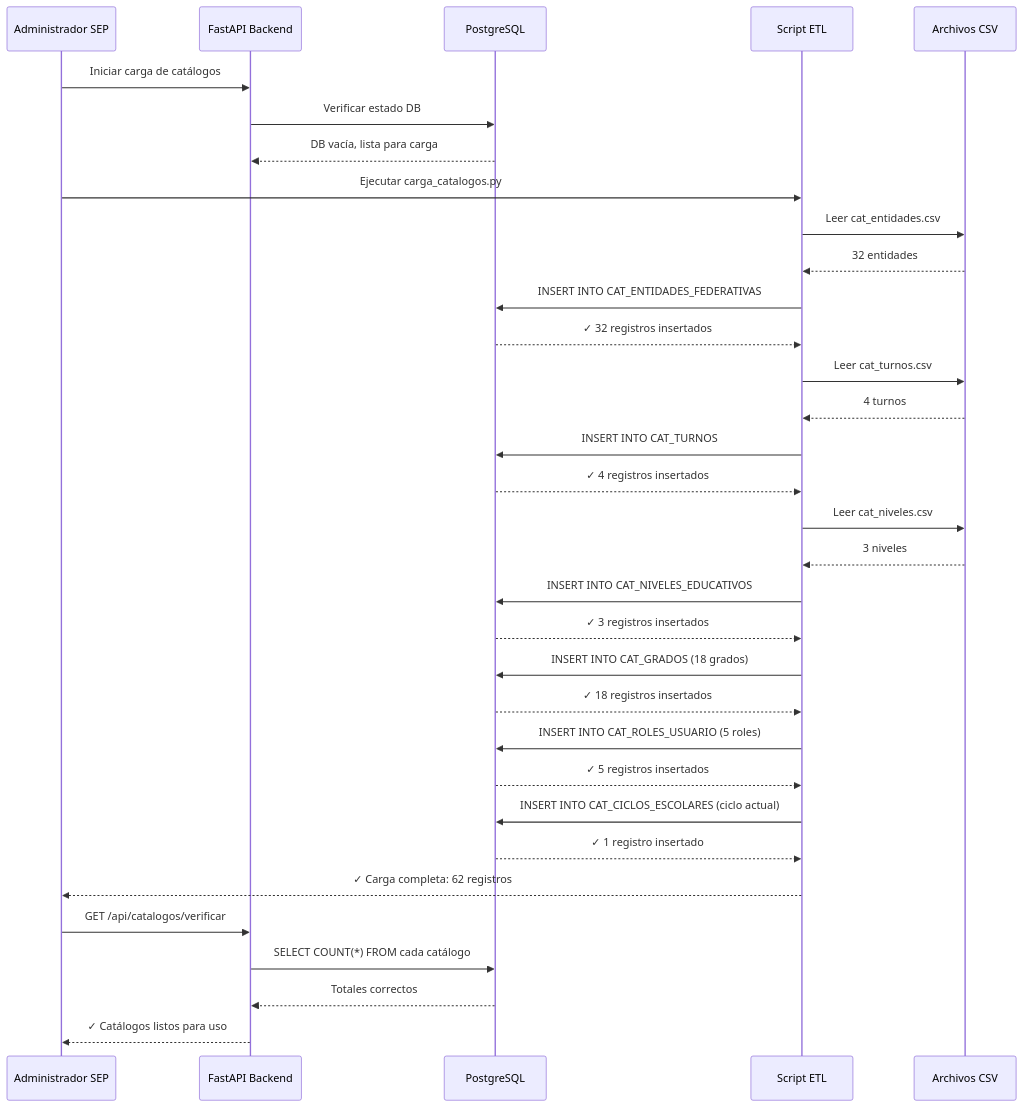
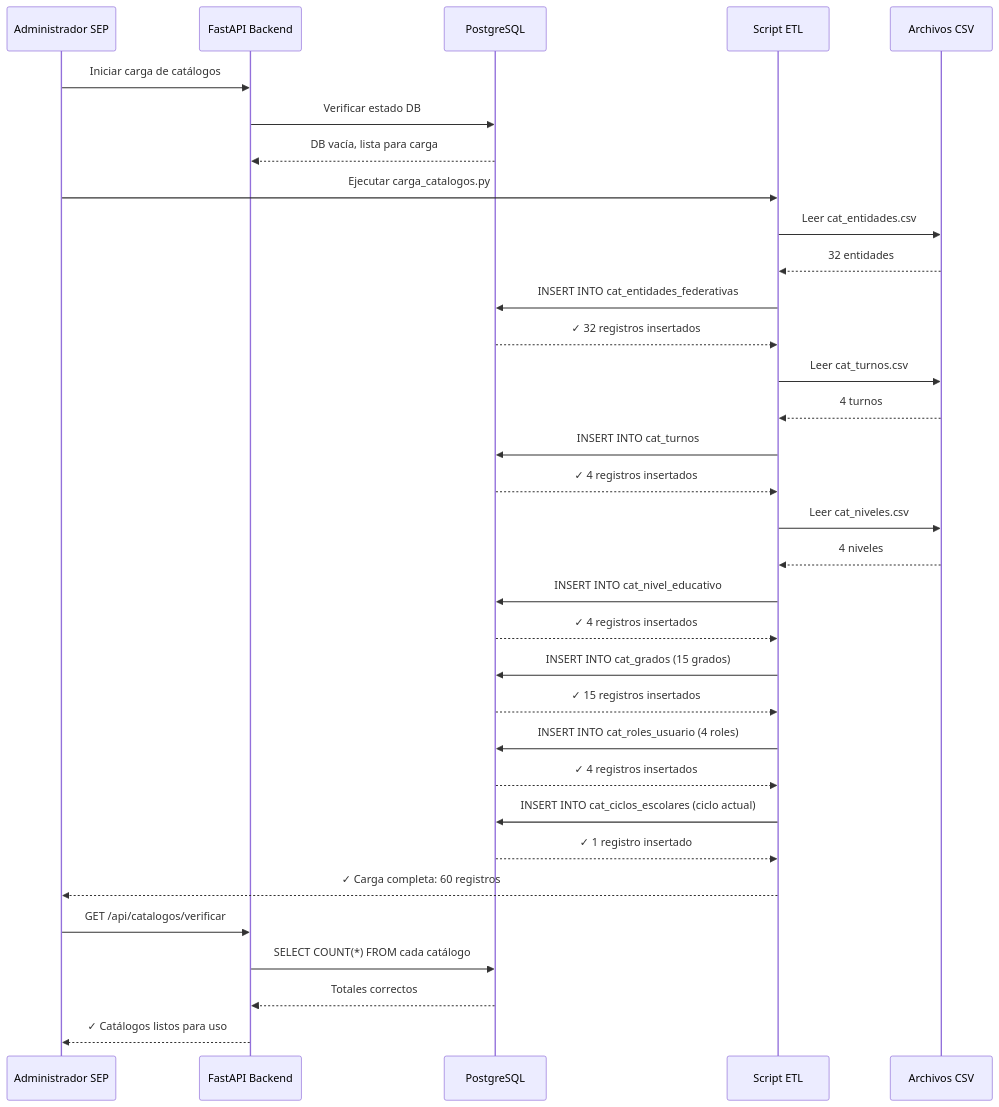
The fourth of 4 diagrams in FLUJO_DATOS_IMPLEMENTACION.md (dleonsystem/sep_evaluacion_diagnostica), drawn with Mermaid before and after one commit. The commit also changed other lines of this file, not shown here.

````diff
--- a/FLUJO_DATOS_IMPLEMENTACION.md
+++ b/FLUJO_DATOS_IMPLEMENTACION.md
@@ -456,43 +665,43 @@
 ```mermaid
 sequenceDiagram
     participant Admin as Administrador SEP
     participant API as FastAPI Backend
     participant DB as PostgreSQL
     participant Script as Script ETL
     participant Files as Archivos CSV
 
     Admin->>API: Iniciar carga de catálogos
     API->>DB: Verificar estado DB
     DB-->>API: DB vacía, lista para carga
     
     Admin->>Script: Ejecutar carga_catalogos.py
     Script->>Files: Leer cat_entidades.csv
     Files-->>Script: 32 entidades
-    Script->>DB: INSERT INTO CAT_ENTIDADES_FEDERATIVAS
+    Script->>DB: INSERT INTO cat_entidades_federativas
     DB-->>Script: ✓ 32 registros insertados
     
     Script->>Files: Leer cat_turnos.csv
     Files-->>Script: 4 turnos
-    Script->>DB: INSERT INTO CAT_TURNOS
+    Script->>DB: INSERT INTO cat_turnos
     DB-->>Script: ✓ 4 registros insertados
     
     Script->>Files: Leer cat_niveles.csv
-    Files-->>Script: 3 niveles
-    Script->>DB: INSERT INTO CAT_NIVELES_EDUCATIVOS
-    DB-->>Script: ✓ 3 registros insertados
+    Files-->>Script: 4 niveles
+    Script->>DB: INSERT INTO cat_nivel_educativo
+    DB-->>Script: ✓ 4 registros insertados
     
-    Script->>DB: INSERT INTO CAT_GRADOS (18 grados)
-    DB-->>Script: ✓ 18 registros insertados
+    Script->>DB: INSERT INTO cat_grados (15 grados)
+    DB-->>Script: ✓ 15 registros insertados
     
-    Script->>DB: INSERT INTO CAT_ROLES_USUARIO (5 roles)
-    DB-->>Script: ✓ 5 registros insertados
+    Script->>DB: INSERT INTO cat_roles_usuario (4 roles)
+    DB-->>Script: ✓ 4 registros insertados
     
-    Script->>DB: INSERT INTO CAT_CICLOS_ESCOLARES (ciclo actual)
+    Script->>DB: INSERT INTO cat_ciclos_escolares (ciclo actual)
     DB-->>Script: ✓ 1 registro insertado
     
-    Script-->>Admin: ✓ Carga completa: 62 registros
+    Script-->>Admin: ✓ Carga completa: 60 registros
     Admin->>API: GET /api/catalogos/verificar
     API->>DB: SELECT COUNT(*) FROM cada catálogo
     DB-->>API: Totales correctos
     API-->>Admin: ✓ Catálogos listos para uso
 ```
````
